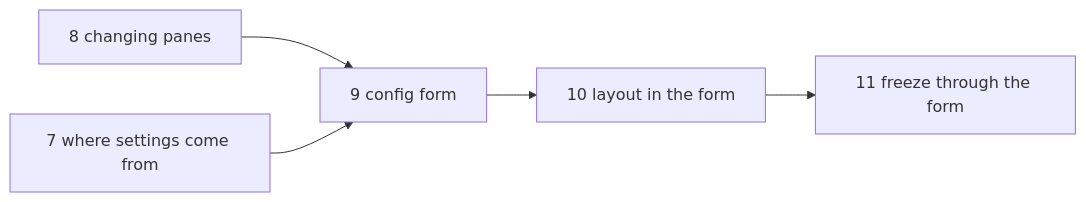
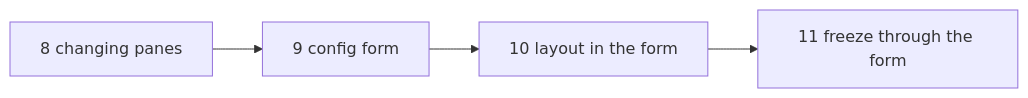
The diagram in docs/backlog.md (medilies/weaver), drawn with Mermaid before and after one commit. The commit also changed other lines of this file and 7 other files, not shown here.

First line of the commit message:
feat(browser): list where the selected pane's settings come from

````diff
--- a/docs/backlog.md
+++ b/docs/backlog.md
@@ -42,6 +41,5 @@
 ```mermaid
 flowchart LR
     T8[8 changing panes] --> T9[9 config form]
-    T7[7 where settings come from] --> T9
     T9 --> T10[10 layout in the form] --> T11[11 freeze through the form]
 ```
````
